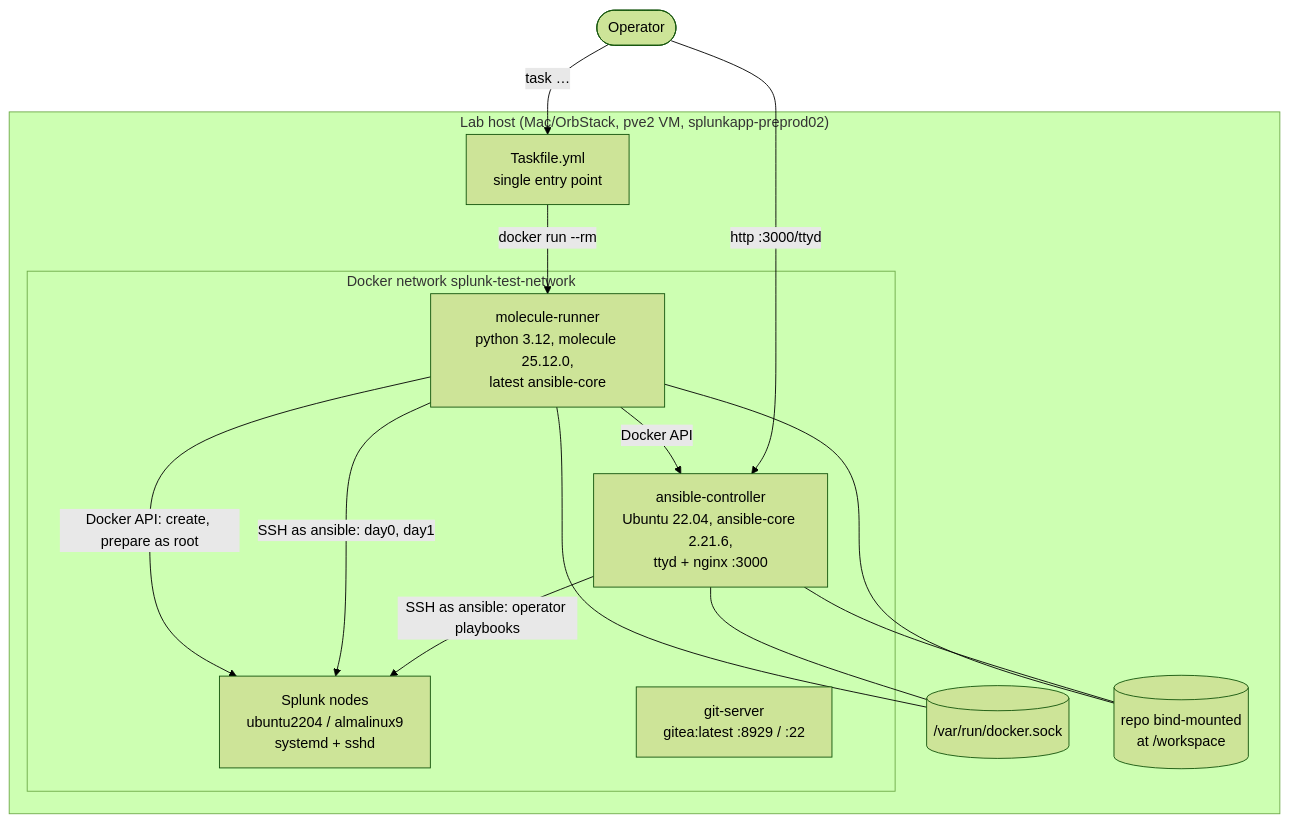
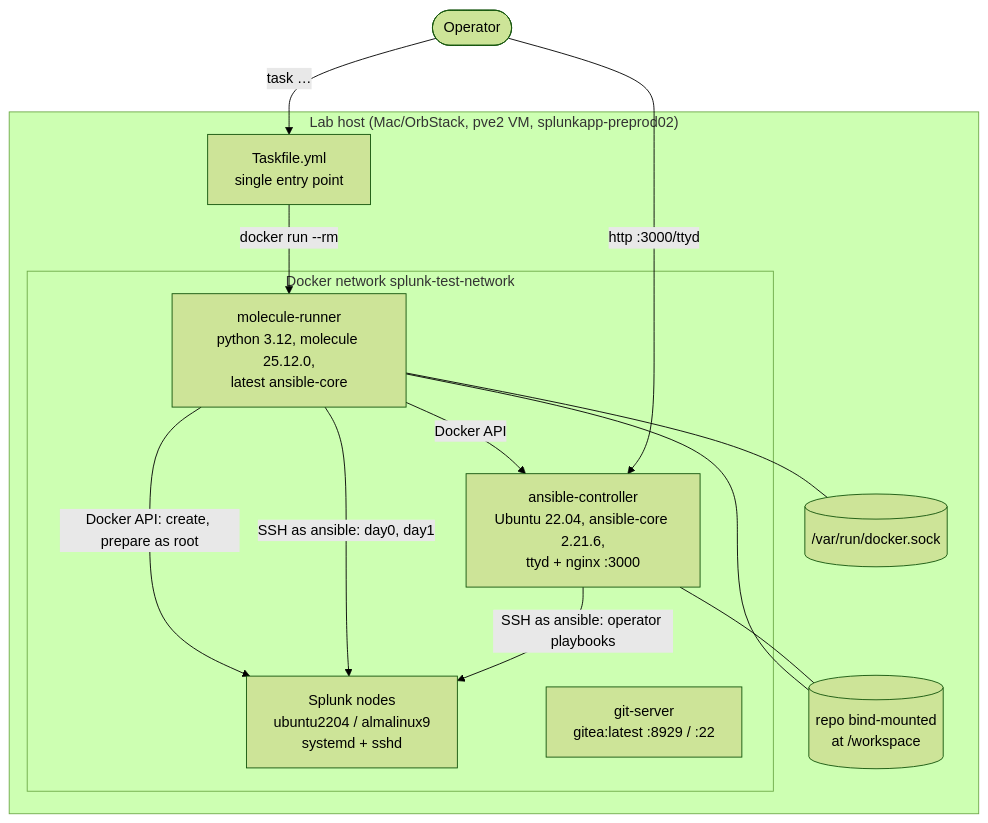
The first of 4 diagrams in docs/specs/05-molecule-virtual-lab/design.md (bayeslearner/ansible-role-for-splunk), drawn with Mermaid (forest theme) before and after one commit. The commit also changed other lines of this file and 1 other file, not shown here.

First line of the commit message:
docs(spec-05): security table and component diagram match the lab; record the Board reseed

````diff
--- a/docs/specs/05-molecule-virtual-lab/design.md
+++ b/docs/specs/05-molecule-virtual-lab/design.md
@@ -17,25 +17,24 @@
 ```mermaid
 flowchart TB
   subgraph host["Lab host (Mac/OrbStack, pve2 VM, splunkapp-preprod02)"]
     task["Taskfile.yml<br/>single entry point"]
     sock[("/var/run/docker.sock")]
     repo[("repo bind-mounted<br/>at /workspace")]
     task -->|docker run --rm| runner
     subgraph net["Docker network splunk-test-network"]
       runner["molecule-runner<br/>python 3.12, molecule 25.12.0,<br/>latest ansible-core"]
       ctrl["ansible-controller<br/>Ubuntu 22.04, ansible-core 2.21.6,<br/>ttyd + nginx :3000"]
       n1["Splunk nodes<br/>ubuntu2204 / almalinux9<br/>systemd + sshd"]
       git["git-server<br/>gitea:latest :8929 / :22"]
     end
     runner -->|Docker API: create, prepare as root| n1
     runner -->|Docker API| ctrl
     runner -->|SSH as ansible: day0, day1| n1
     ctrl -->|SSH as ansible: operator playbooks| n1
     runner --- sock
-    ctrl --- sock
     runner --- repo
     ctrl --- repo
   end
   op(["Operator"]) -->|task …| task
   op -->|http :3000/ttyd| ctrl
 ```
````
